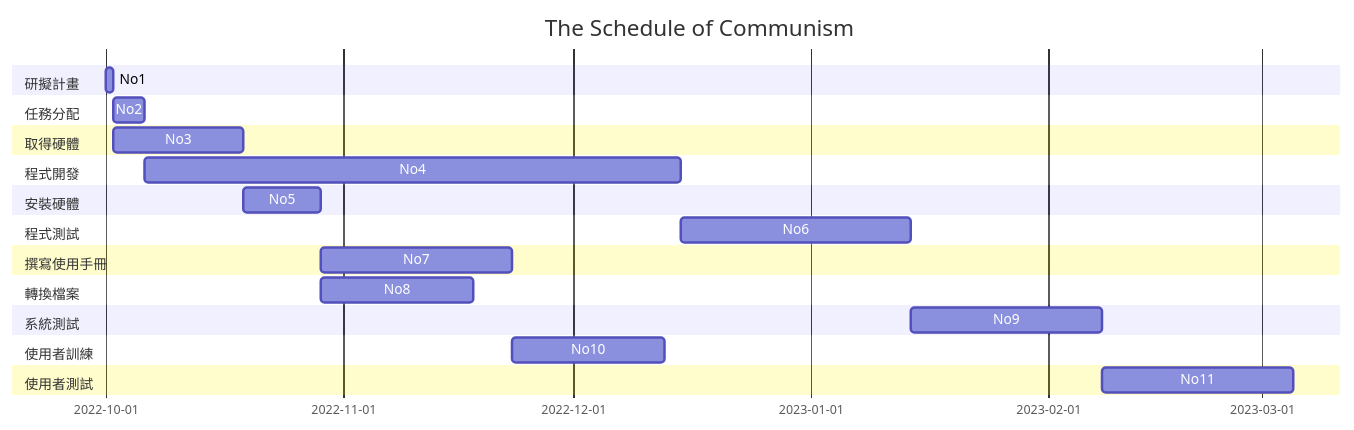
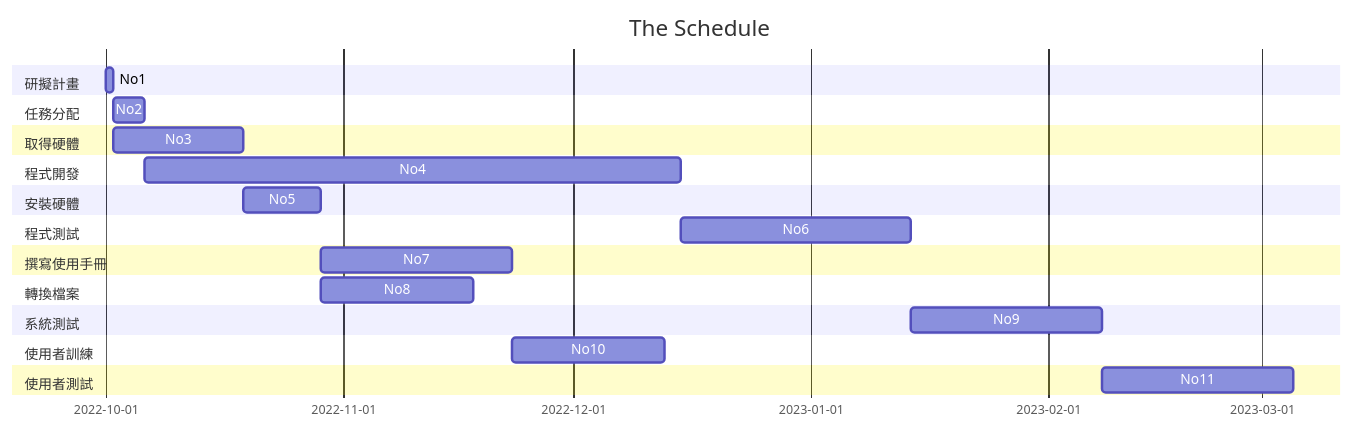
The diagram in hw2.md (ZYLinked/ZYLinked), drawn with Mermaid before and after one commit.

````diff
--- a/hw2.md
+++ b/hw2.md
@@ -1,27 +1,27 @@
 ```mermaid
 gantt
-    title The Schedule of Communism
+    title The Schedule
 
     section 研擬計畫
     No1      :         des1, 2022-10-01  , 1d
     section 任務分配
     No2      :         des2, after des1 , 4d
     section 取得硬體
     No3      :         des3, after des1  , 17d
     section 程式開發
     No4      :         des4, after des2  , 70d
     section 安裝硬體
     No5      :         des5, after des3  , 10d
     section 程式測試
     No6      :         des6, after des4  , 30d
     section 撰寫使用手冊
     No7      :         des7, after des5  , 25d
     section 轉換檔案
     No8      :         des8, after des5  , 20d
     section 系統測試
     No9      :         des9, after des6  , 25d
     section 使用者訓練
     No10     :         des10, after des7  , 20d
     section 使用者測試
     No11     :         des11, after des9  , 25d
 ```
````
